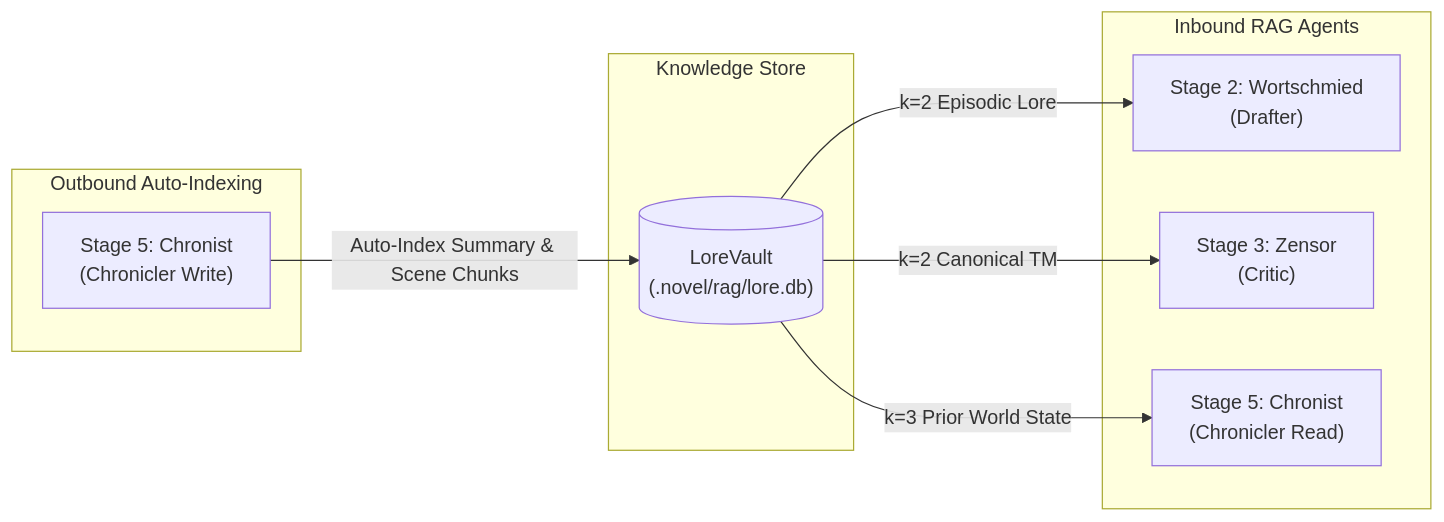
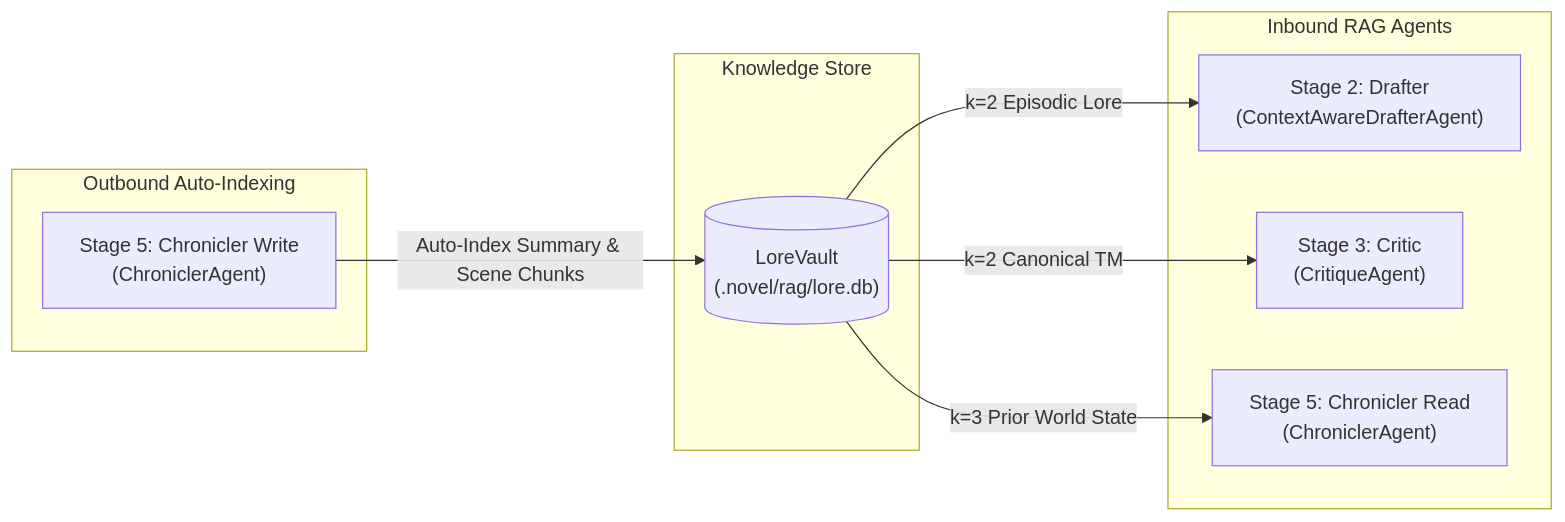
Before and after one commit to Checkmartyr/NouSetsu: the third of 3 diagrams in doc/hybrid_rag.md, drawn with Mermaid. The commit also changed other lines of this file and 29 other files, not shown here.

````diff
--- a/doc/hybrid_rag.md
+++ b/doc/hybrid_rag.md
@@ -208,21 +208,21 @@
 ```mermaid
 flowchart LR
     subgraph "Inbound RAG Agents"
-        A2["Stage 2: Wortschmied<br>(Drafter)"]
-        A3["Stage 3: Zensor<br>(Critic)"]
-        A5_R["Stage 5: Chronist<br>(Chronicler Read)"]
+        A2["Stage 2: Drafter<br>(ContextAwareDrafterAgent)"]
+        A3["Stage 3: Critic<br>(CritiqueAgent)"]
+        A5_R["Stage 5: Chronicler Read<br>(ChroniclerAgent)"]
     end
 
     subgraph "Knowledge Store"
         VAULT[("LoreVault<br>(.novel/rag/lore.db)")]
     end
 
     subgraph "Outbound Auto-Indexing"
-        A5_W["Stage 5: Chronist<br>(Chronicler Write)"]
+        A5_W["Stage 5: Chronicler Write<br>(ChroniclerAgent)"]
     end
 
     VAULT -->|"k=2 Episodic Lore"| A2
     VAULT -->|"k=2 Canonical TM"| A3
     VAULT -->|"k=3 Prior World State"| A5_R
     A5_W -->|"Auto-Index Summary & Scene Chunks"| VAULT
 ```
````
